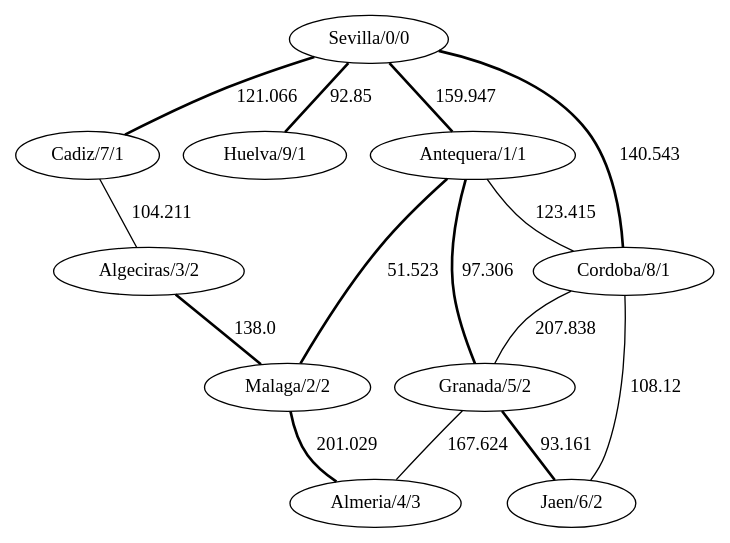
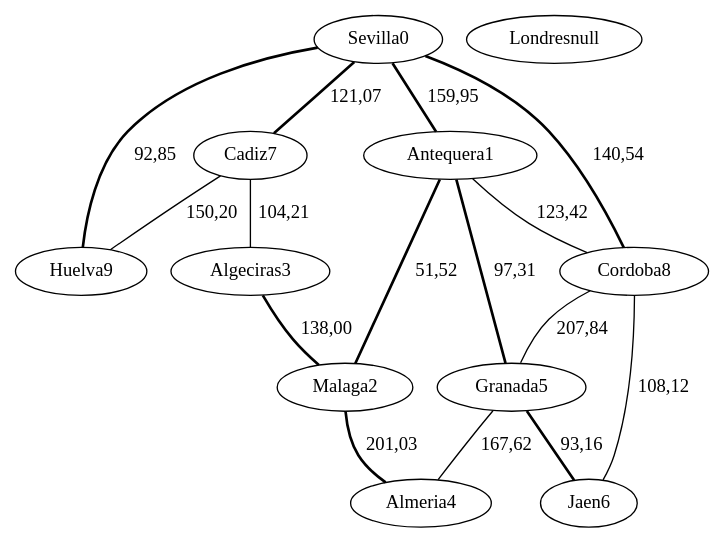
The diagram in java/EjemplosDeGrafos/ficheros/andaluciaProfundidad.gv (migueltoro/ada_v2_18), drawn with Graphviz before and after one commit. The commit also changed 250 other files, not shown here.

```diff
--- a/java/EjemplosDeGrafos/ficheros/andaluciaProfundidad.gv
+++ b/java/EjemplosDeGrafos/ficheros/andaluciaProfundidad.gv
@@ -1,26 +1,28 @@
 strict graph G {
-  1 [ label="Sevilla/0/0" ];
-  2 [ label="Cadiz/7/1" ];
-  3 [ label="Huelva/9/1" ];
-  4 [ label="Cordoba/8/1" ];
-  5 [ label="Malaga/2/2" ];
-  6 [ label="Antequera/1/1" ];
-  7 [ label="Almeria/4/3" ];
-  8 [ label="Granada/5/2" ];
-  9 [ label="Jaen/6/2" ];
-  10 [ label="Algeciras/3/2" ];
-  1 -- 3 [ label="92.85" style="bold" ];
-  1 -- 4 [ label="140.543" style="bold" ];
-  1 -- 2 [ label="121.066" style="bold" ];
-  1 -- 6 [ label="159.947" style="bold" ];
-  6 -- 8 [ label="97.306" style="bold" ];
-  6 -- 5 [ label="51.523" style="bold" ];
-  6 -- 4 [ label="123.415" ];
-  5 -- 7 [ label="201.029" style="bold" ];
-  4 -- 9 [ label="108.12" ];
-  4 -- 8 [ label="207.838" ];
-  8 -- 7 [ label="167.624" ];
-  8 -- 9 [ label="93.161" style="bold" ];
-  2 -- 10 [ label="104.211" ];
-  10 -- 5 [ label="138.0" style="bold" ];
+  1 [ color="black" label="Sevilla0" ];
+  2 [ color="black" label="Cadiz7" ];
+  3 [ color="black" label="Huelva9" ];
+  4 [ color="black" label="Cordoba8" ];
+  5 [ color="black" label="Malaga2" ];
+  6 [ color="black" label="Antequera1" ];
+  7 [ color="black" label="Almeria4" ];
+  8 [ color="black" label="Granada5" ];
+  9 [ color="black" label="Jaen6" ];
+  10 [ color="black" label="Algeciras3" ];
+  11 [ color="black" label="Londresnull" ];
+  2 -- 3 [ style="solid" label="150,20" ];
+  1 -- 3 [ style="bold" label="92,85" ];
+  1 -- 4 [ style="bold" label="140,54" ];
+  1 -- 2 [ style="bold" label="121,07" ];
+  1 -- 6 [ style="bold" label="159,95" ];
+  6 -- 8 [ style="bold" label="97,31" ];
+  6 -- 5 [ style="bold" label="51,52" ];
+  6 -- 4 [ style="solid" label="123,42" ];
+  5 -- 7 [ style="bold" label="201,03" ];
+  4 -- 9 [ style="solid" label="108,12" ];
+  4 -- 8 [ style="solid" label="207,84" ];
+  8 -- 7 [ style="solid" label="167,62" ];
+  8 -- 9 [ style="bold" label="93,16" ];
+  2 -- 10 [ style="solid" label="104,21" ];
+  10 -- 5 [ style="bold" label="138,00" ];
 }
```
